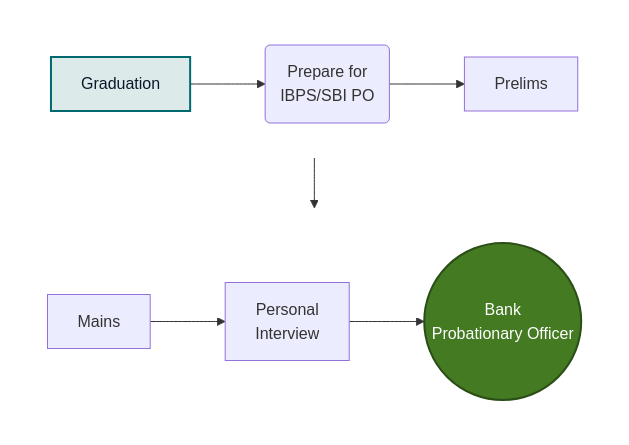
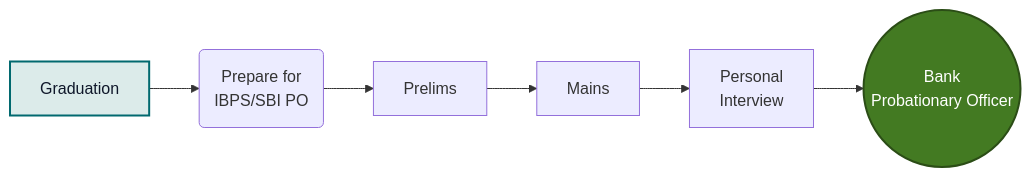
The third of 3 diagrams in curriculum-app/src/content/lessons/ug/bcom/sem5/week17.md (the-career-breweries/tcb-soft-skills), drawn with Mermaid before and after one commit. The commit also changed other lines of this file, not shown here.

Commit message:
fix: revert roadmaps to single row to fix mermaid arrow bug, rely on text wrapping for magnification

````diff
--- a/curriculum-app/src/content/lessons/ug/bcom/sem5/week17.md
+++ b/curriculum-app/src/content/lessons/ug/bcom/sem5/week17.md
@@ -81,21 +67,7 @@
 ```mermaid
-flowchart TB
-    subgraph Row1 [" "]
-        direction LR
-        A[Graduation] --> B(Prepare for<br/>IBPS/SBI PO)
-        B --> C[Prelims]
-    end
+flowchart LR
+    A[Graduation] --> B(Prepare for<br/>IBPS/SBI PO) --> C[Prelims] --> D[Mains] --> E[Personal<br/>Interview] --> F((Bank<br/>Probationary Officer))
     
-    subgraph Row2 [" "]
-        direction LR
-        D[Mains] --> E[Personal<br/>Interview]
-        E --> F((Bank<br/>Probationary Officer))
-    end
-    
-    C --> D
-    
-    style Row1 fill:none,stroke:none,color:none
-    style Row2 fill:none,stroke:none,color:none
     style A fill:#dcebea,stroke:#01696f,stroke-width:2px,color:#0f172a
     style F fill:#437a22,stroke:#2b4d16,stroke-width:2px,color:#fff
 ```
````
